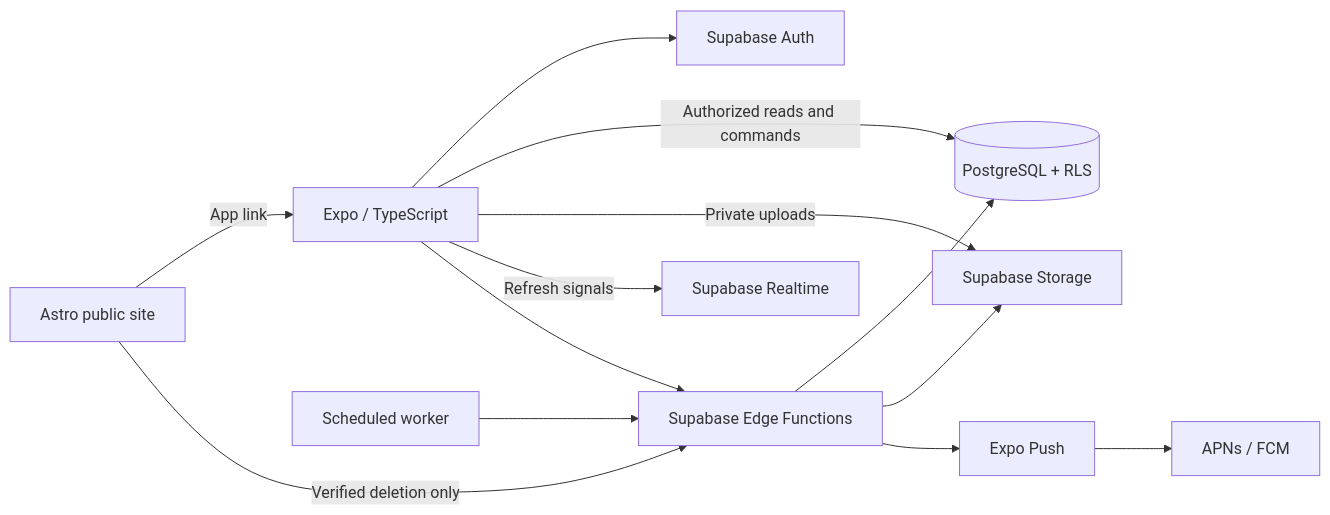
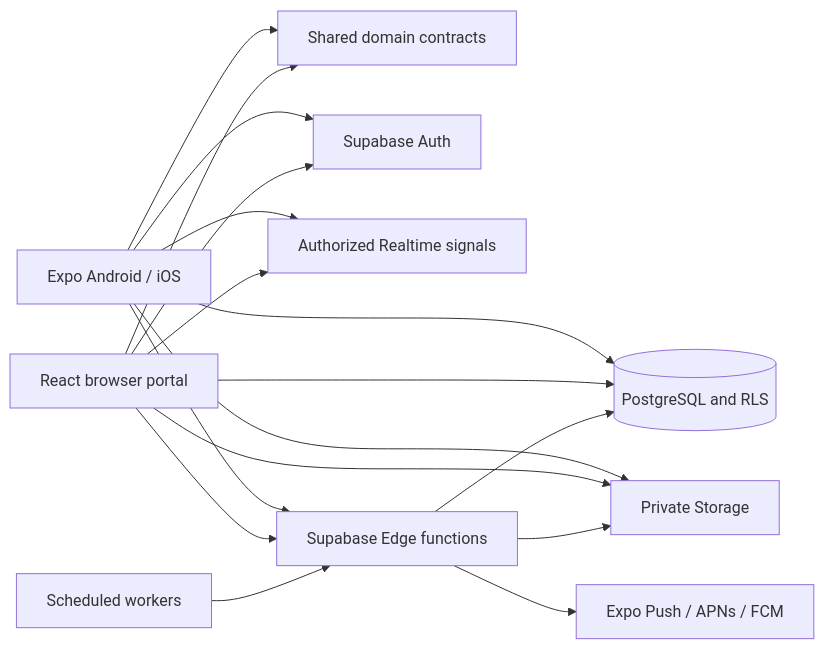
One commit to corashina/deseo changed the diagram in docs/architecture/ARCHITECTURE.md. Above: the diagram before and after it, drawn with Mermaid. The commit also changed other lines of this file and 11 other files, not shown here.

Commit message:
docs: record portal verification and platform architecture

````diff
--- a/docs/architecture/ARCHITECTURE.md
+++ b/docs/architecture/ARCHITECTURE.md
@@ -11,15 +13,19 @@
 ```mermaid
 flowchart LR
-  Site[Astro public site] -->|App link| App[Expo / TypeScript]
-  Site -->|Verified deletion only| Edge[Supabase Edge Functions]
-  App --> Auth[Supabase Auth]
-  App -->|Authorized reads and commands| DB[(PostgreSQL + RLS)]
-  App -->|Private uploads| Storage[Supabase Storage]
-  App -->|Refresh signals| RT[Supabase Realtime]
-  App --> Edge
-  Cron[Scheduled worker] --> Edge
+  Native[Expo Android / iOS] --> Domain[Shared domain contracts]
+  Web[React browser portal] --> Domain
+  Native --> Auth[Supabase Auth]
+  Web --> Auth
+  Native --> DB[(PostgreSQL and RLS)]
+  Web --> DB
+  Native --> Storage[Private Storage]
+  Web --> Storage
+  Native --> RT[Authorized Realtime signals]
+  Web --> RT
+  Native --> Edge[Supabase Edge functions]
+  Web --> Edge
+  Cron[Scheduled workers] --> Edge
   Edge --> DB
   Edge --> Storage
-  Edge --> Expo[Expo Push]
-  Expo --> Device[APNs / FCM]
+  Edge --> Push[Expo Push / APNs / FCM]
 ```
````
